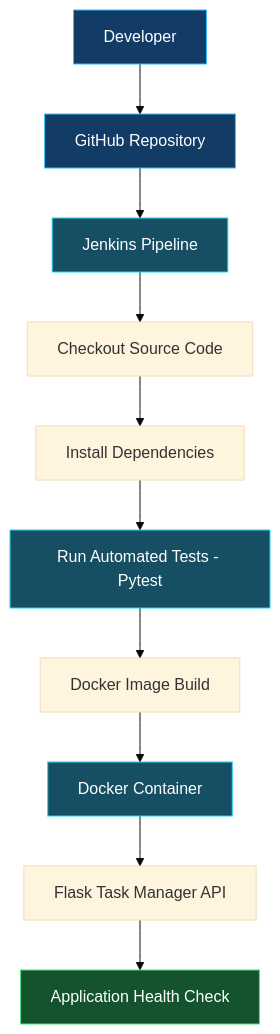
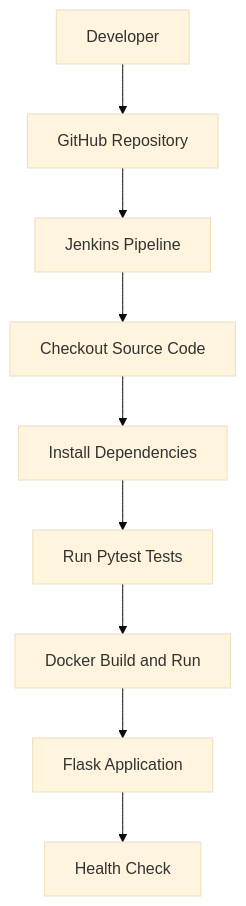
One commit to Chandanmn0724/devops-cicd-automation changed the diagram in README.md. Above: the diagram before and after it, drawn with Mermaid (base theme). The commit also changed other lines of this file, not shown here.

````diff
--- a/README.md
+++ b/README.md
@@ -43,21 +43,11 @@
 ```mermaid
 flowchart TD
-    A["Developer"] --> B["GitHub Repository"]
-    B --> C["Jenkins Pipeline"]
-
-    C --> D["Checkout Source Code"]
-    D --> E["Install Dependencies"]
-    E --> F["Run Automated Tests - Pytest"]
-
-    F --> G["Docker Image Build"]
-    G --> H["Docker Container"]
-    H --> I["Flask Task Manager API"]
-    I --> J["Application Health Check"]
-
-    style A fill:#123B65,color:#fff,stroke:#38BDF8
-    style B fill:#123B65,color:#fff,stroke:#38BDF8
-    style C fill:#164E63,color:#fff,stroke:#22D3EE
-    style F fill:#164E63,color:#fff,stroke:#22D3EE
-    style H fill:#164E63,color:#fff,stroke:#22D3EE
-    style J fill:#14532D,color:#fff,stroke:#4ADE80
+    A[Developer] --> B[GitHub Repository]
+    B --> C[Jenkins Pipeline]
+    C --> D[Checkout Source Code]
+    D --> E[Install Dependencies]
+    E --> F[Run Pytest Tests]
+    F --> G[Docker Build and Run]
+    G --> H[Flask Application]
+    H --> I[Health Check]
 ```
````
